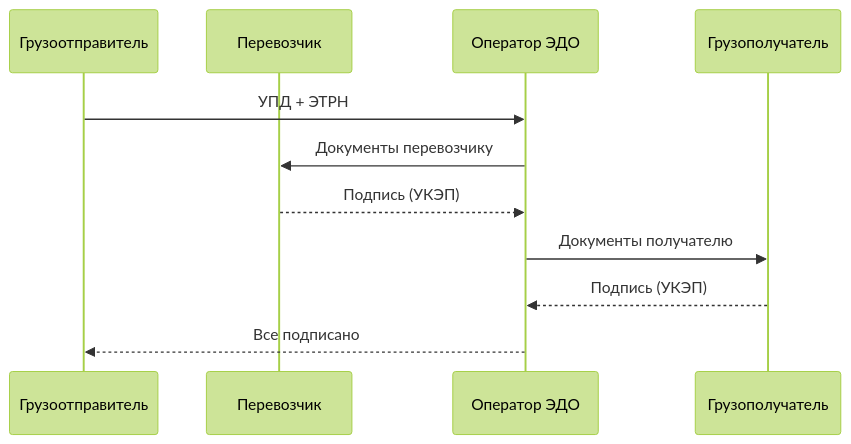
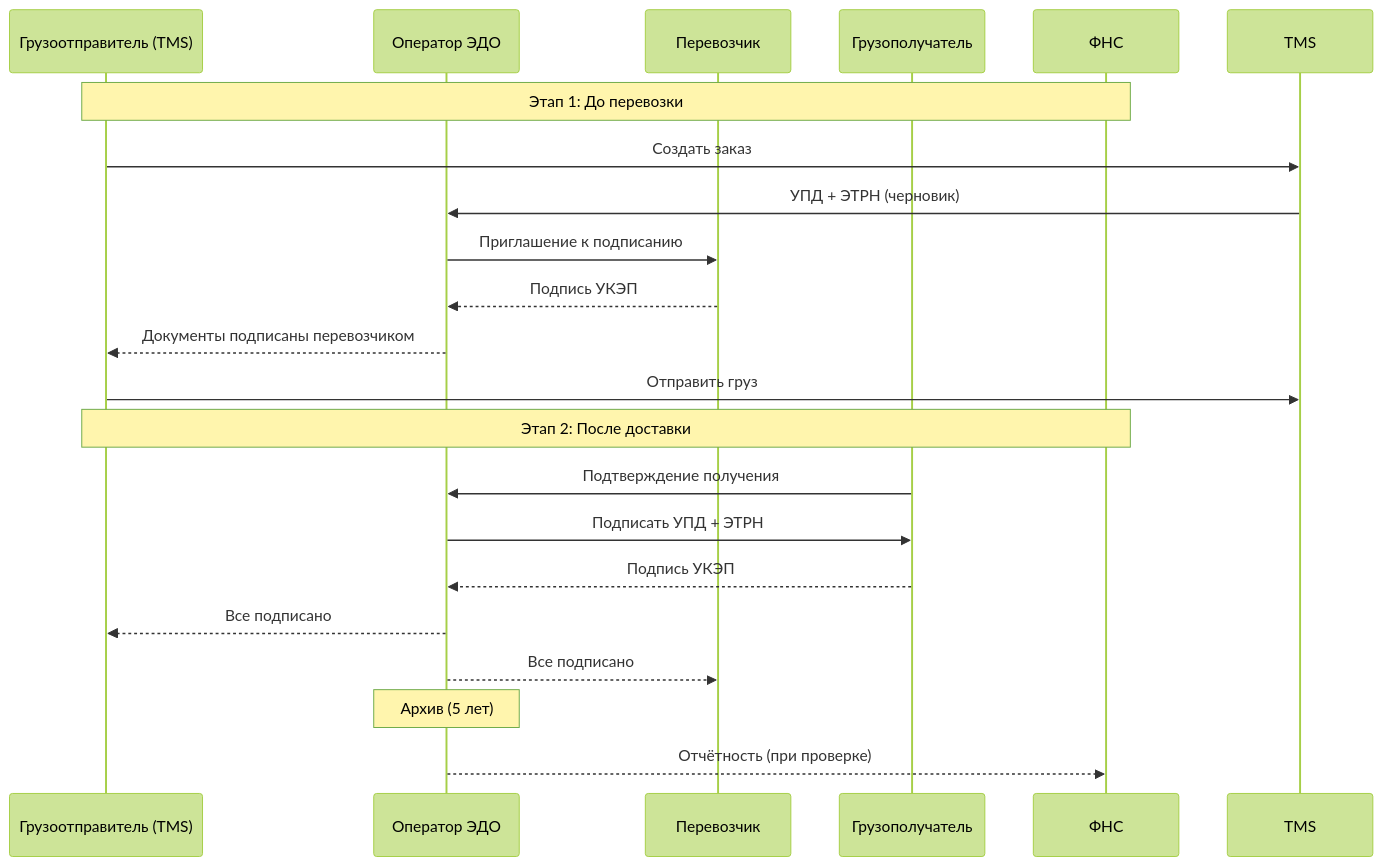
The second of 2 diagrams in docs/specialization/logistics-edo.md (sergeyodnoval-bot/sysanalyst-kb.github.io), drawn with Mermaid (forest theme) before and after one commit. The commit also changed other lines of this file and 13 other files, not shown here.

````diff
--- a/docs/specialization/logistics-edo.md
+++ b/docs/specialization/logistics-edo.md
@@ -45,14 +90,25 @@
 ```mermaid
 sequenceDiagram
-    participant S as Грузоотправитель
+    participant S as Грузоотправитель (TMS)
+    participant E as Оператор ЭДО
     participant C as Перевозчик
-    participant E as Оператор ЭДО
     participant G as Грузополучатель
+    participant F as ФНС
 
-    S->>E: УПД + ЭТРН
-    E->>C: Документы перевозчику
-    C-->>E: Подпись (УКЭП)
-    E->>G: Документы получателю
-    G-->>E: Подпись (УКЭП)
+    Note over S,F: Этап 1: До перевозки
+    S->>TMS: Создать заказ
+    TMS->>E: УПД + ЭТРН (черновик)
+    E->>C: Приглашение к подписанию
+    C-->>E: Подпись УКЭП
+    E-->>S: Документы подписаны перевозчиком
+    S->>TMS: Отправить груз
+
+    Note over S,F: Этап 2: После доставки
+    G->>E: Подтверждение получения
+    E->>G: Подписать УПД + ЭТРН
+    G-->>E: Подпись УКЭП
     E-->>S: Все подписано
+    E-->>C: Все подписано
+    Note over E: Архив (5 лет)
+    E-->>F: Отчётность (при проверке)
 ```
````
